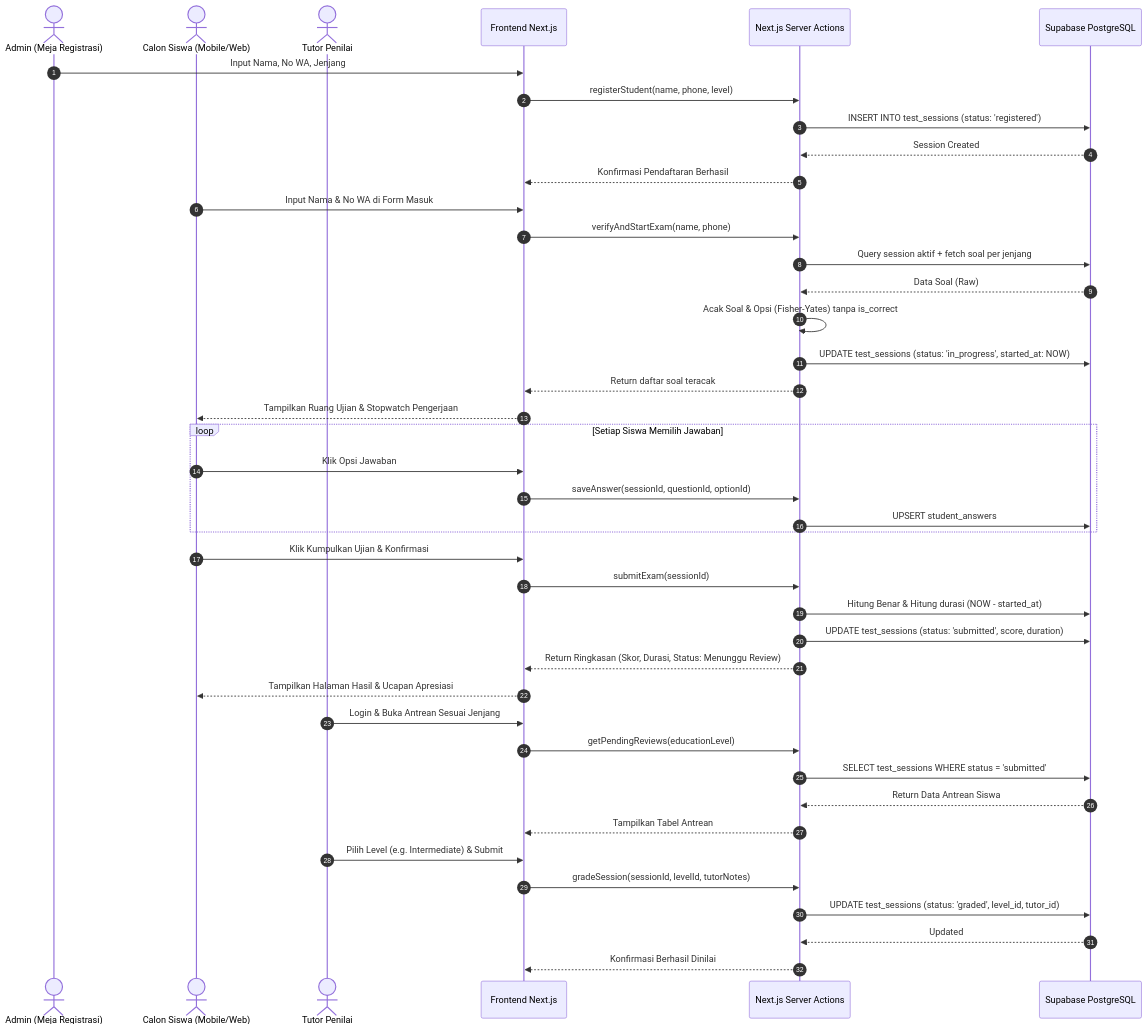
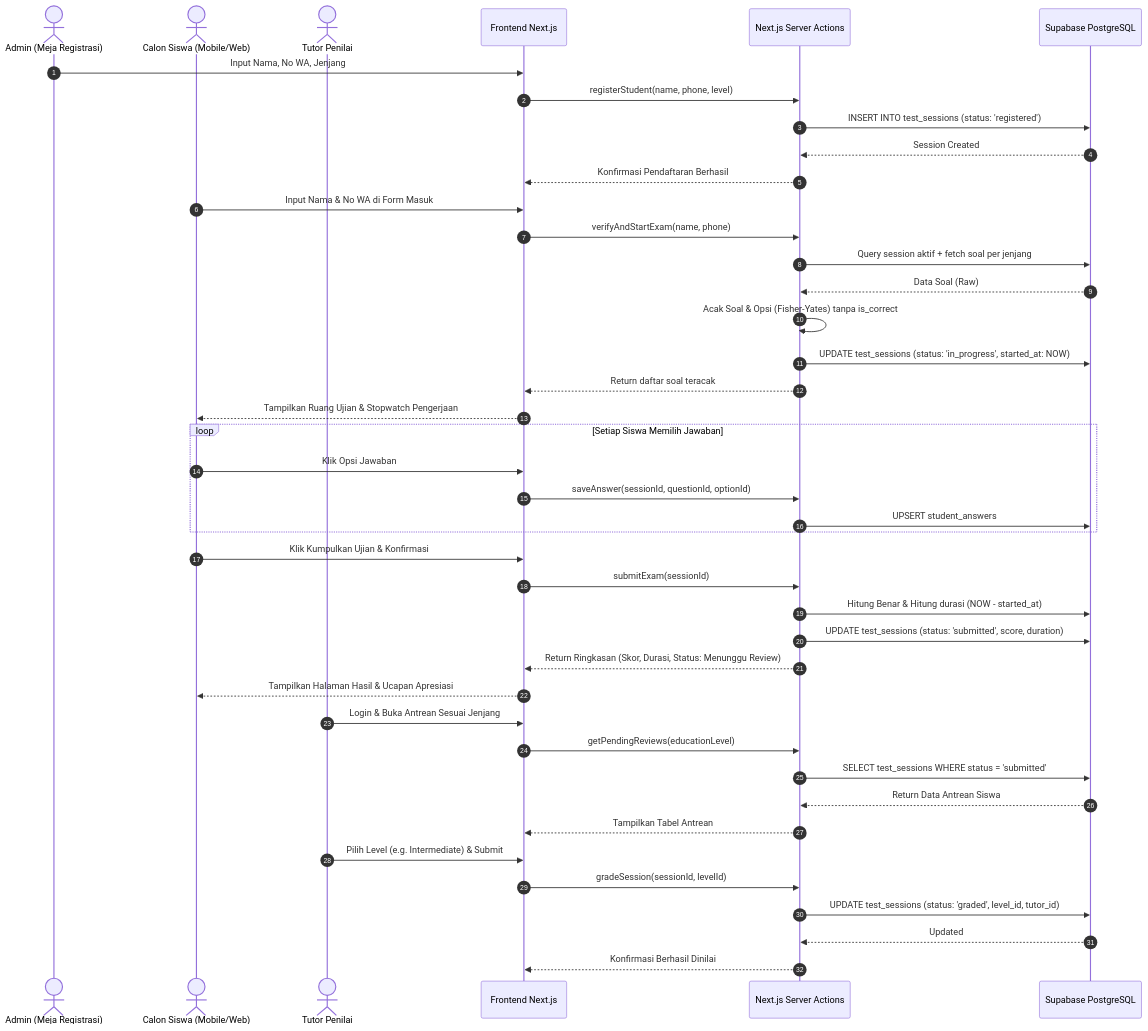
One commit to septianof/up-speaking changed the first of 2 diagrams in PRD.md. Above: the diagram before and after it, drawn with Mermaid. The commit also changed other lines of this file and 5 other files, not shown here.

````diff
--- a/PRD.md
+++ b/PRD.md
@@ -152,53 +151,53 @@
 ```mermaid
 sequenceDiagram
     autonumber
     actor Admin as Admin (Meja Registrasi)
     actor Siswa as Calon Siswa (Mobile/Web)
     actor Tutor as Tutor Penilai
     participant Web as Frontend Next.js
     participant Server as Next.js Server Actions
     participant DB as Supabase PostgreSQL
 
     %% 1. Registrasi
     Admin->>Web: Input Nama, No WA, Jenjang
     Web->>Server: registerStudent(name, phone, level)
     Server->>DB: INSERT INTO test_sessions (status: 'registered')
     DB-->>Server: Session Created
     Server-->>Web: Konfirmasi Pendaftaran Berhasil
 
     %% 2. Ujian Siswa
     Siswa->>Web: Input Nama & No WA di Form Masuk
     Web->>Server: verifyAndStartExam(name, phone)
     Server->>DB: Query session aktif + fetch soal per jenjang
     DB-->>Server: Data Soal (Raw)
     Server->>Server: Acak Soal & Opsi (Fisher-Yates) tanpa is_correct
     Server->>DB: UPDATE test_sessions (status: 'in_progress', started_at: NOW)
     Server-->>Web: Return daftar soal teracak
     Web-->>Siswa: Tampilkan Ruang Ujian & Stopwatch Pengerjaan
 
     loop Setiap Siswa Memilih Jawaban
         Siswa->>Web: Klik Opsi Jawaban
         Web->>Server: saveAnswer(sessionId, questionId, optionId)
         Server->>DB: UPSERT student_answers
     end
 
     %% 3. Pengumpulan
     Siswa->>Web: Klik Kumpulkan Ujian & Konfirmasi
     Web->>Server: submitExam(sessionId)
     Server->>DB: Hitung Benar & Hitung durasi (NOW - started_at)
     Server->>DB: UPDATE test_sessions (status: 'submitted', score, duration)
     Server-->>Web: Return Ringkasan (Skor, Durasi, Status: Menunggu Review)
     Web-->>Siswa: Tampilkan Halaman Hasil & Ucapan Apresiasi
 
     %% 4. Evaluasi Tutor
     Tutor->>Web: Login & Buka Antrean Sesuai Jenjang
     Web->>Server: getPendingReviews(educationLevel)
     Server->>DB: SELECT test_sessions WHERE status = 'submitted'
     DB-->>Server: Return Data Antrean Siswa
     Server-->>Web: Tampilkan Tabel Antrean
     Tutor->>Web: Pilih Level (e.g. Intermediate) & Submit
-    Web->>Server: gradeSession(sessionId, levelId, tutorNotes)
+    Web->>Server: gradeSession(sessionId, levelId)
     Server->>DB: UPDATE test_sessions (status: 'graded', level_id, tutor_id)
     DB-->>Server: Updated
     Server-->>Web: Konfirmasi Berhasil Dinilai
 ```
````
